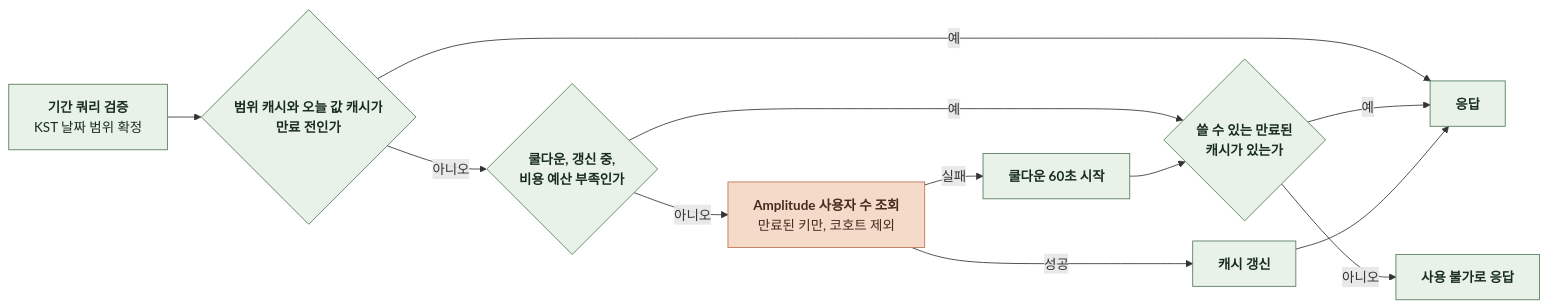
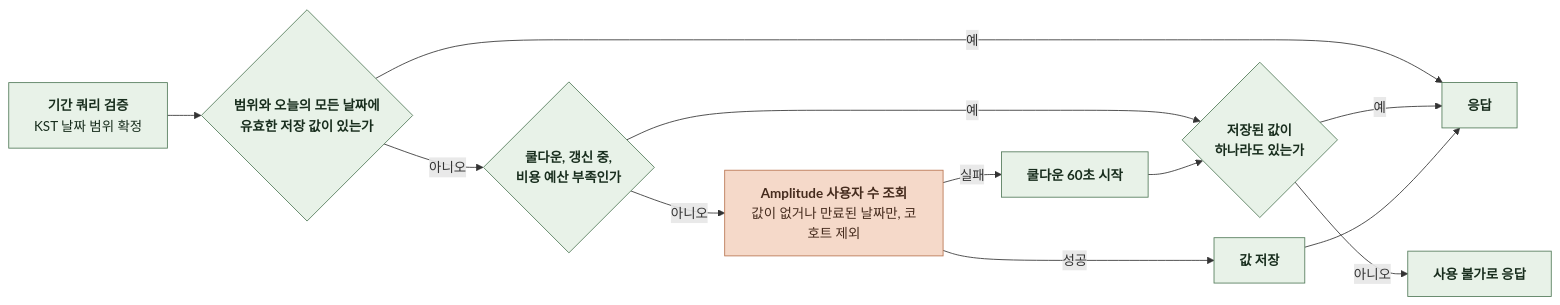
Diagram 13 of 16 in docs/domain/ADMIN/BACKEND/4-1-PIPELINES.md (KIM-N-KANG/knk-harness), drawn with Mermaid before and after one commit. The commit also changed other lines of this file and 12 other files, not shown here.

````diff
--- a/docs/domain/ADMIN/BACKEND/4-1-PIPELINES.md
+++ b/docs/domain/ADMIN/BACKEND/4-1-PIPELINES.md
@@ -375,24 +375,24 @@
 ```mermaid
 %%{init: {"flowchart": {"curve": "basis", "nodeSpacing": 24, "rankSpacing": 40}}}%%
 flowchart LR
     A["`**기간 쿼리 검증**
-KST 날짜 범위 확정`"] --> B{"`**범위 캐시와 오늘 값 캐시가
-만료 전인가**`"}
+KST 날짜 범위 확정`"] --> B{"`**범위와 오늘의 모든 날짜에
+유효한 저장 값이 있는가**`"}
     B -->|예| E["`**응답**`"]
     B -->|아니오| F{"`**쿨다운, 갱신 중,
 비용 예산 부족인가**`"}
-    F -->|예| G{"`**쓸 수 있는 만료된
-캐시가 있는가**`"}
+    F -->|예| G{"`**저장된 값이
+하나라도 있는가**`"}
     G -->|예| E
     G -->|아니오| X["`**사용 불가로 응답**`"]
     F -->|아니오| C["`**Amplitude 사용자 수 조회**
-만료된 키만, 코호트 제외`"]
-    C -->|성공| D["`**캐시 갱신**`"]
+값이 없거나 만료된 날짜만, 코호트 제외`"]
+    C -->|성공| D["`**값 저장**`"]
     D --> E
     C -->|실패| H["`**쿨다운 60초 시작**`"]
     H --> G
     classDef comp fill:#E8F2E8,stroke:#527A59,color:#182D1D
     classDef task fill:#F5D9C9,stroke:#B97450,color:#452B1D
     class A,B,D,E,F,G,H,X comp
     class C task
 ```
````
